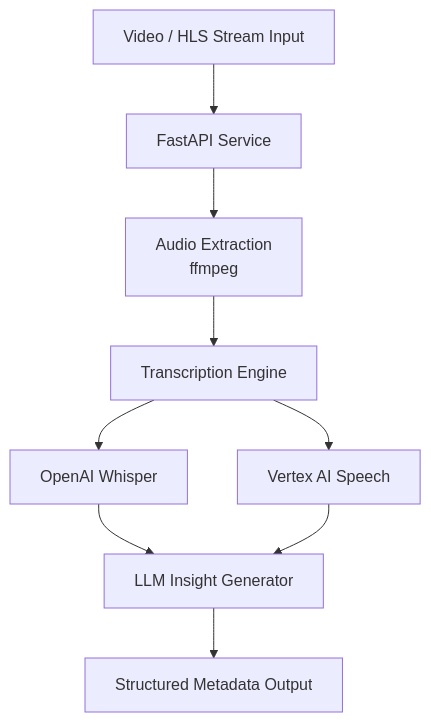
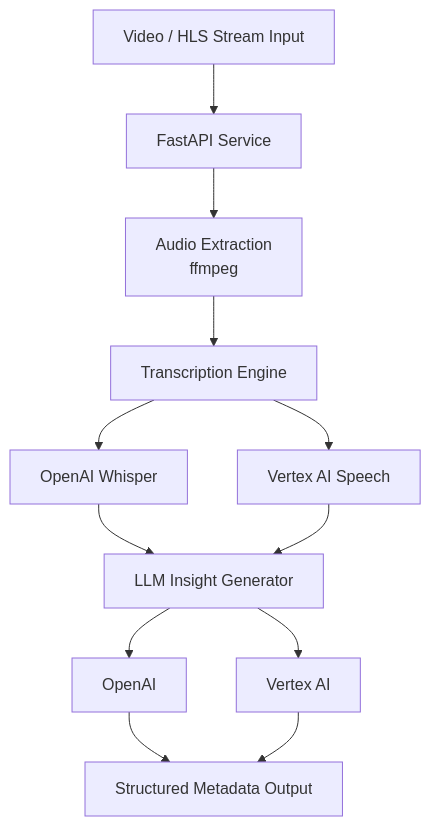
Before and after one commit to gordon-pusnik/streaminsight: the diagram in README.md, drawn with Mermaid.

````diff
--- a/README.md
+++ b/README.md
@@ -103,27 +103,33 @@
 ```mermaid
 flowchart TD
 
 A[Video / HLS Stream Input]
 
 B[FastAPI Service]
 
 C[Audio Extraction\nffmpeg]
 
 D[Transcription Engine]
 
 E[OpenAI Whisper]
 F[Vertex AI Speech]
 
 G[LLM Insight Generator]
 
+I[OpenAI]
+J[Vertex AI]
+
 H[Structured Metadata Output]
 
 A --> B
 B --> C
 C --> D
 D --> E
 D --> F
 E --> G
 F --> G
-G --> H
+G --> I
+G --> J
+I --> H
+J --> H
 ```
````
